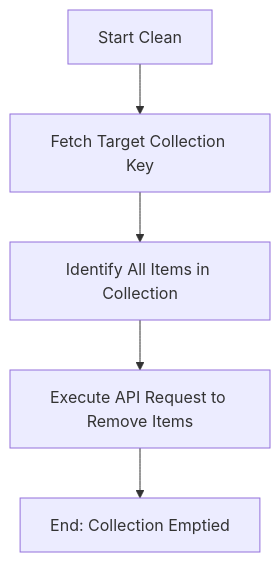
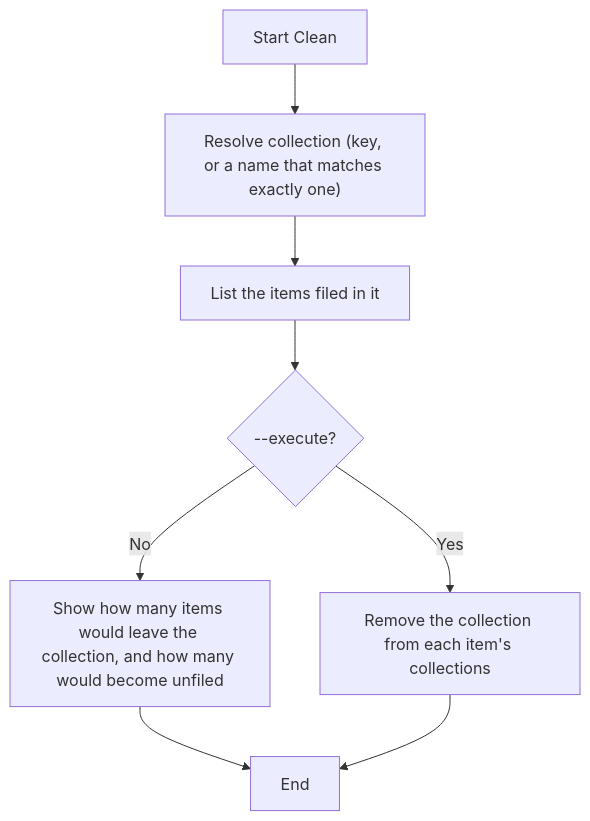
One commit to fchicout/zotero-cli changed the diagram in docs/help_specs/collection_clean.md. Above: the diagram before and after it, drawn with Mermaid. The commit also changed other lines of this file and 29 other files, not shown here.

````diff
--- a/docs/help_specs/collection_clean.md
+++ b/docs/help_specs/collection_clean.md
@@ -8,7 +8,10 @@
 ```mermaid
 graph TD
-    A["Start Clean"] --> B["Fetch Target Collection Key"]
-    B --> C["Identify All Items in Collection"]
-    C --> D["Execute API Request to Remove Items"]
-    D --> E["End: Collection Emptied"]
+    A["Start Clean"] --> B["Resolve collection (key, or a name that matches exactly one)"]
+    B --> C["List the items filed in it"]
+    C --> D{"--execute?"}
+    D -- "No" --> E["Show how many items would leave the collection, and how many would become unfiled"]
+    D -- "Yes" --> F["Remove the collection from each item's collections"]
+    E --> G["End"]
+    F --> G
 ```
````
